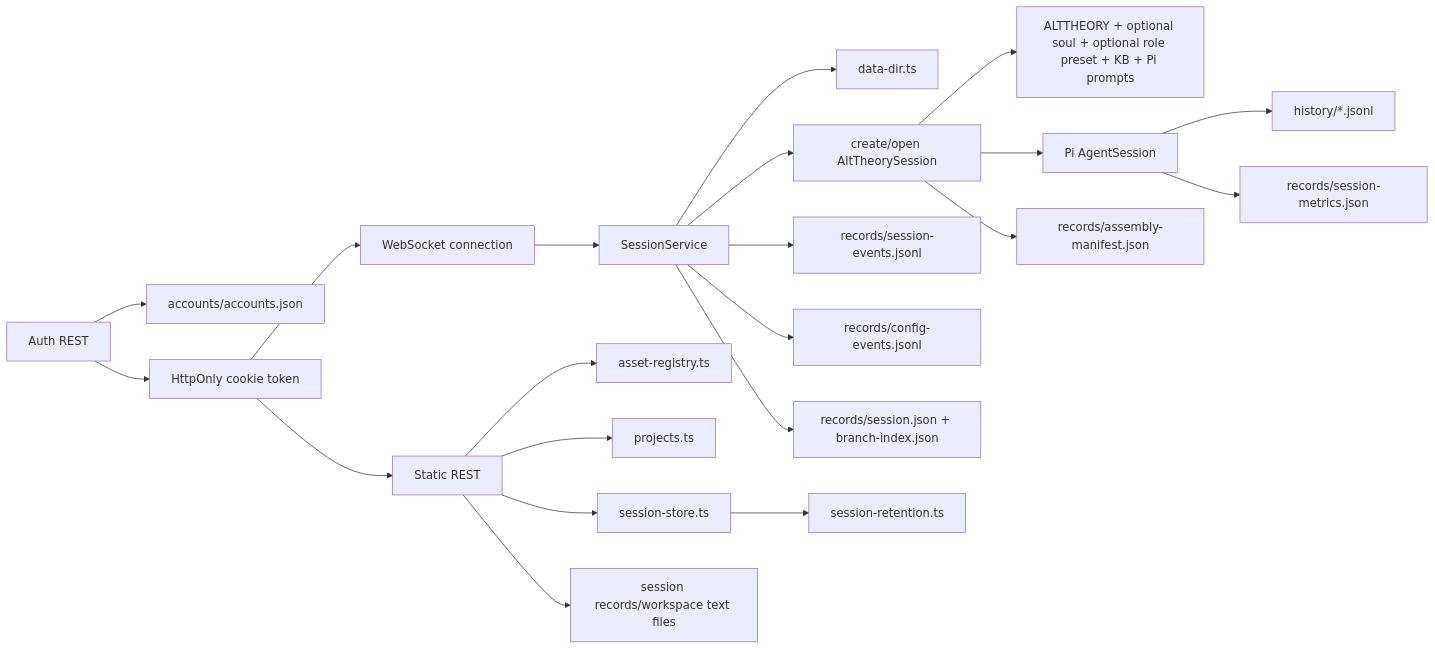
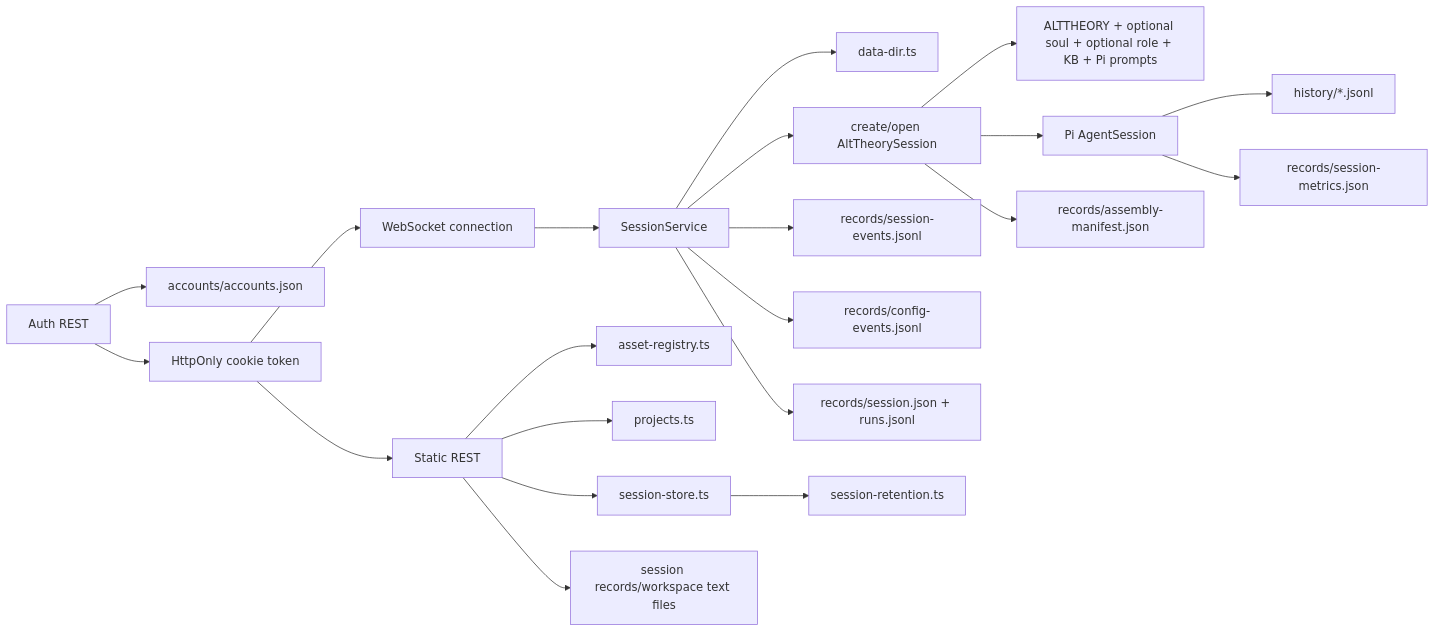
Before and after one commit to syuan-research/alt-theory: the diagram in project/architecture/core-session-engine.md, drawn with Mermaid. The commit also changed other lines of this file and 26 other files, not shown here.

Commit message:
refactor: remove branch-index session authority

````diff
--- a/project/architecture/core-session-engine.md
+++ b/project/architecture/core-session-engine.md
@@ -83,23 +83,23 @@
 ```mermaid
 flowchart LR
   WS[WebSocket connection] --> Service[SessionService]
   Service --> Dirs[data-dir.ts]
   Service --> Core[create/open AltTheorySession]
-  Core --> Assets[ALTTHEORY + optional soul + optional role preset + KB + Pi prompts]
+  Core --> Assets[ALTTHEORY + optional soul + optional role + KB + Pi prompts]
   Core --> Pi[Pi AgentSession]
   Pi --> JSONL[history/*.jsonl]
   Core --> Manifest[records/assembly-manifest.json]
   Pi --> Metrics[records/session-metrics.json]
   Service --> Events[records/session-events.jsonl]
   Service --> ConfigEvents[records/config-events.jsonl]
-  Service --> V4Records[records/session.json + branch-index.json]
+  Service --> V4Records[records/session.json + runs.jsonl]
   AuthRoutes[Auth REST] --> AuthStore[accounts/accounts.json]
   AuthRoutes --> AuthCookie[HttpOnly cookie token]
   AuthCookie --> WS
   AuthCookie --> REST
   REST[Static REST] --> Registry[asset-registry.ts]
   REST --> Projects[projects.ts]
   REST --> Store[session-store.ts]
   REST --> SessionFiles[session records/workspace text files]
   Store --> Retention[session-retention.ts]
 ```
````
